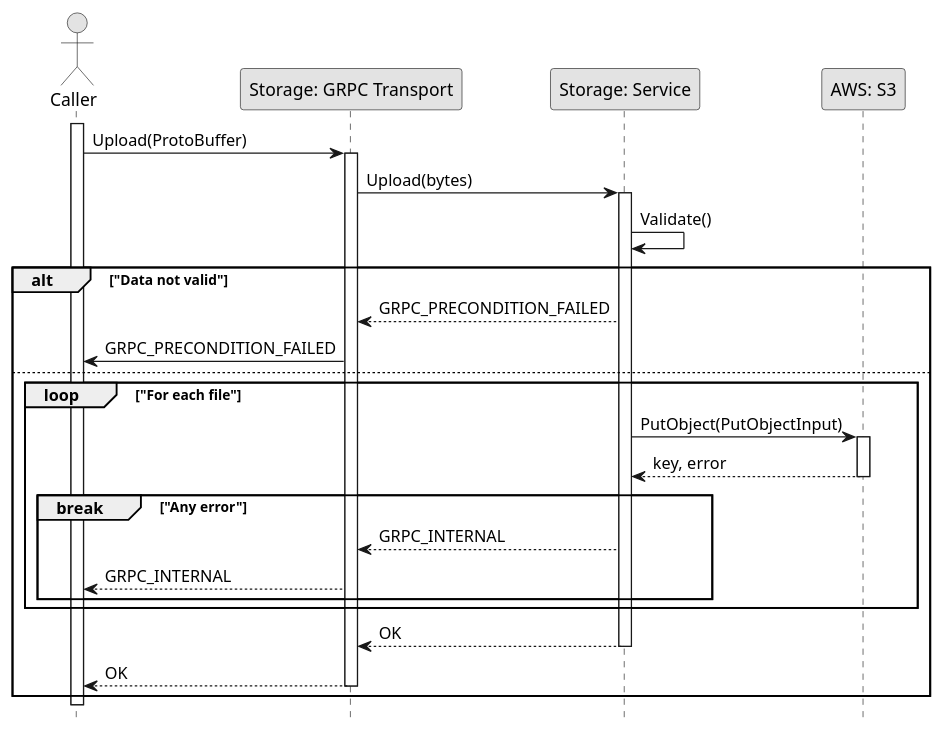
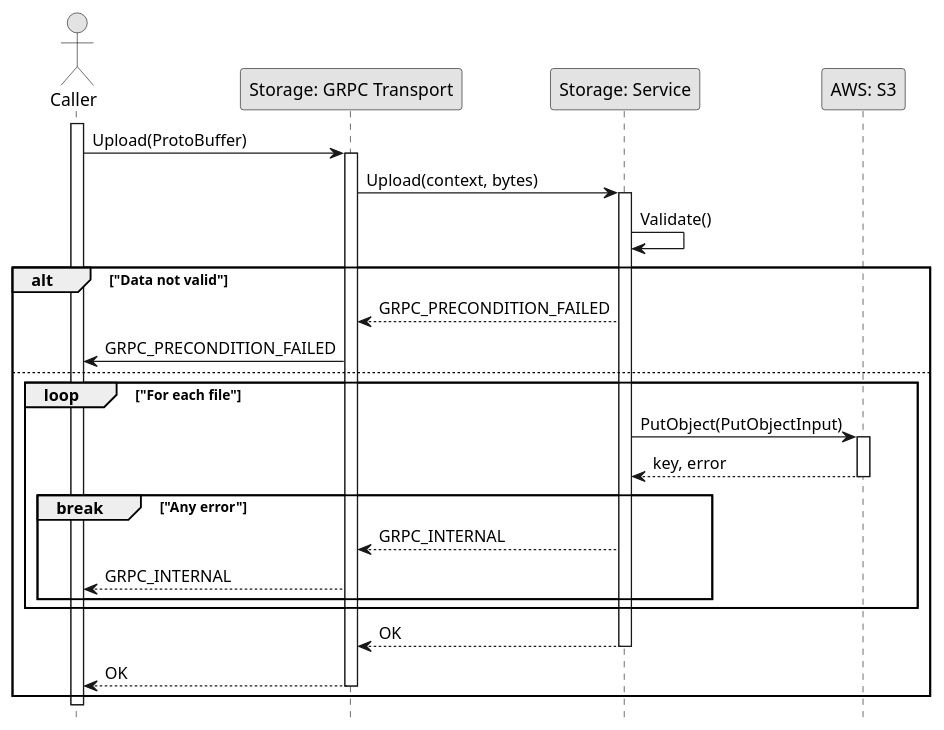
One commit to fwidjaya20/fazzlearning-uml changed the diagram in Sequence/Release01/Upload.wsd. Above: the diagram before and after it, drawn with PlantUML. The commit also changed 7 other files, not shown here.

Commit message:
fix(diagram): fix invalid function name

```diff
--- a/Sequence/Release01/Upload.wsd
+++ b/Sequence/Release01/Upload.wsd
@@ -1,43 +1,43 @@
 @startuml Upload
 
 skinparam Monochrome true
 skinparam Shadowing false
 hide footbox
 
 actor Caller
 participant "Storage: GRPC Transport" as StorageGRPCTransport
 participant "Storage: Service" as StorageService
 participant "AWS: S3" as AWSS3
 
 activate Caller
 
 Caller->StorageGRPCTransport: Upload(ProtoBuffer)
 activate StorageGRPCTransport
-StorageGRPCTransport->StorageService: Upload(bytes)
+StorageGRPCTransport->StorageService: Upload(context, bytes)
 activate StorageService
 StorageService->StorageService: Validate()
 
 alt "Data not valid"
     StorageService-->StorageGRPCTransport: GRPC_PRECONDITION_FAILED
     StorageGRPCTransport->Caller: GRPC_PRECONDITION_FAILED
 else
     loop "For each file"
         StorageService->AWSS3: PutObject(PutObjectInput)
         activate AWSS3
         AWSS3-->StorageService: key, error
         deactivate AWSS3
 
         break "Any error"
             StorageService-->StorageGRPCTransport: GRPC_INTERNAL
             StorageGRPCTransport-->Caller: GRPC_INTERNAL
         end
     end
     StorageService-->StorageGRPCTransport: OK
     deactivate StorageService
     StorageGRPCTransport-->Caller: OK
     deactivate StorageGRPCTransport
 end
 
 deactivate Caller
 
 @enduml
```
